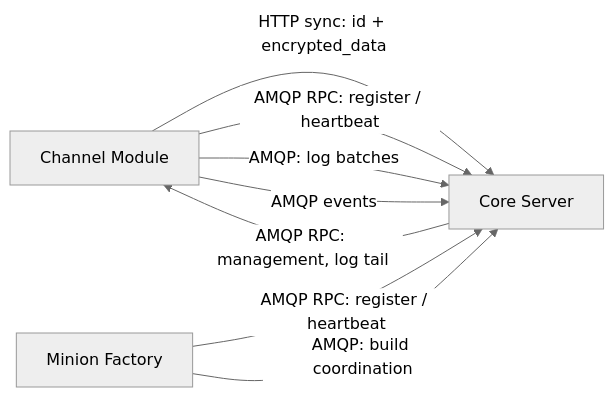
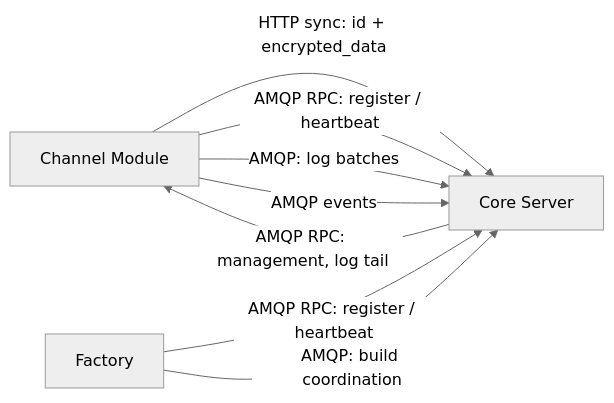
Before and after one commit to LogosCore/logos-docs: the diagram in src/content/docs/contracts/overview.md, drawn with Mermaid (neutral theme). The commit also changed 11 other files, not shown here.

First line of the commit message:
Rename minion factory to factory throughout

````diff
--- a/src/content/docs/contracts/overview.md
+++ b/src/content/docs/contracts/overview.md
@@ -46,14 +46,14 @@
 ```mermaid
 graph LR
     CH[Channel Module]
     CS[Core Server]
-    IP[Minion Factory]
+    IP[Factory]
 
     CH -- "HTTP sync: id + encrypted_data" --> CS
     CH -- "AMQP RPC: register / heartbeat" --> CS
     CS -- "AMQP RPC: management, log tail" --> CH
     CH -- "AMQP: log batches" --> CS
     CH -- "AMQP events" --> CS
     IP -- "AMQP RPC: register / heartbeat" --> CS
     IP -- "AMQP: build coordination" --> CS
 ```
````
